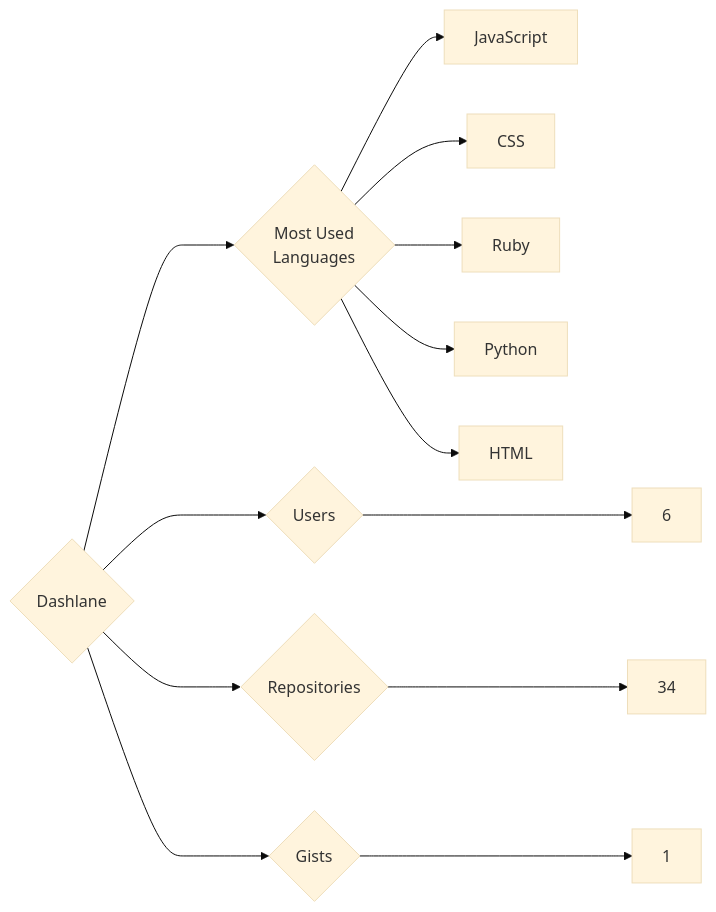
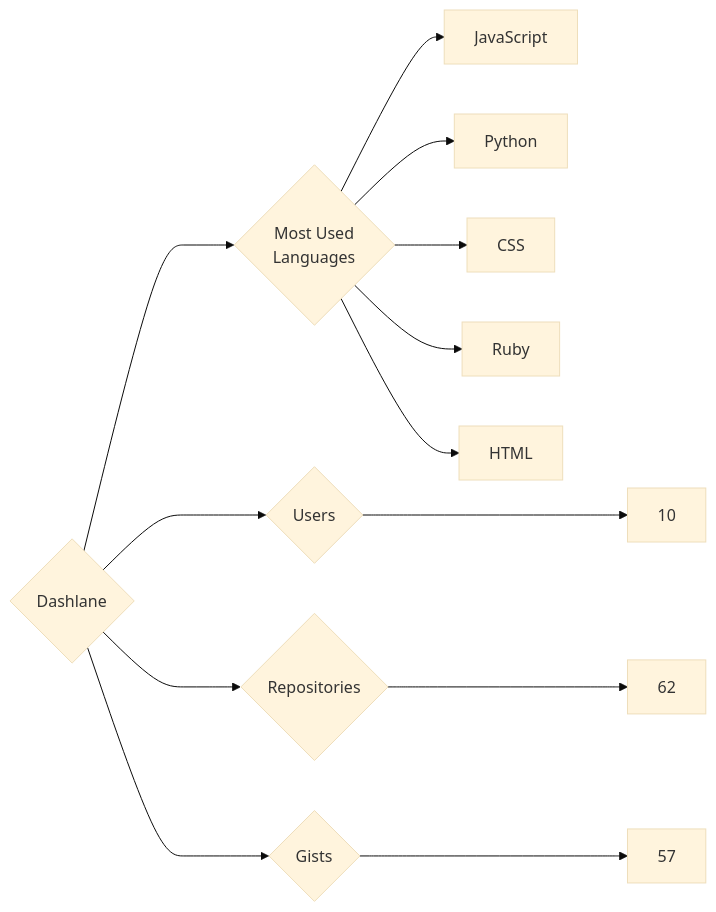
One commit to trickest/insiders changed the diagram in targets/Dashlane/README.md. Above: the diagram before and after it, drawn with Mermaid (base theme). The commit also changed 933 other files, not shown here.

````diff
--- a/targets/Dashlane/README.md
+++ b/targets/Dashlane/README.md
@@ -3,13 +3,13 @@
 ```mermaid
 graph LR
 COMPANY_NAME{Dashlane}
-COMPANY_NAME ---> U{Users} ---> UN[6]
-COMPANY_NAME ---> R{Repositories} ---> RN[34]
-COMPANY_NAME ---> G{Gists} ---> GN[1]
+COMPANY_NAME ---> U{Users} ---> UN[10]
+COMPANY_NAME ---> R{Repositories} ---> RN[62]
+COMPANY_NAME ---> G{Gists} ---> GN[57]
 COMPANY_NAME ---> ML{Most Used<br>Languages}
 ML --> JavaScript[JavaScript]
+ML --> Python[Python]
 ML --> CSS[CSS]
 ML --> Ruby[Ruby]
-ML --> Python[Python]
 ML --> HTML[HTML]
 ```
````
